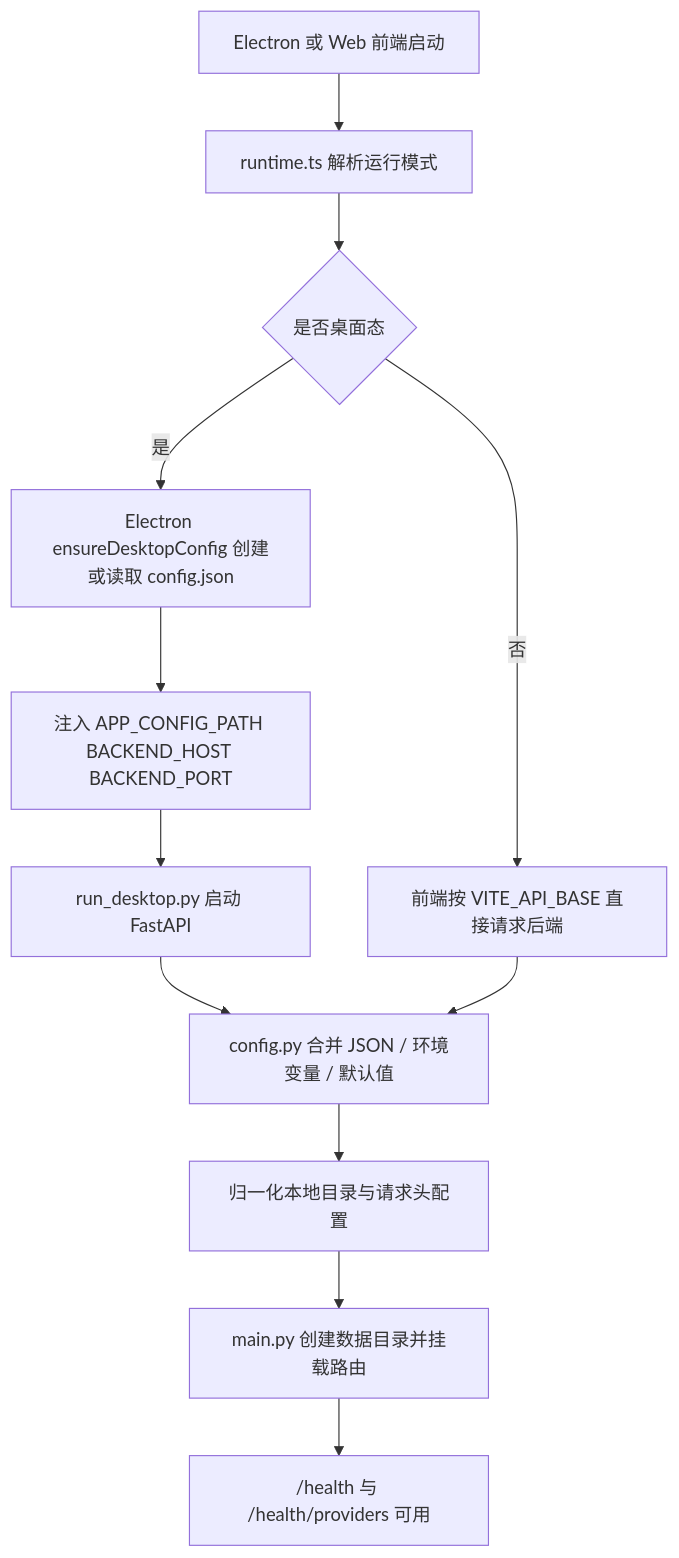
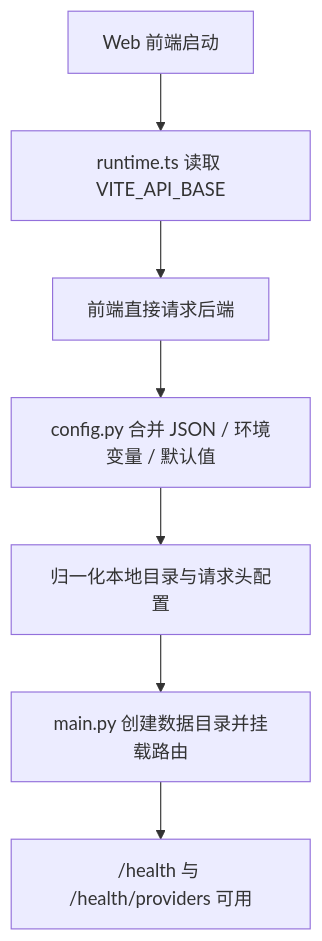
One commit to emotion-exit/rag-agent changed the first of 7 diagrams in docs/项目执行流程分析.md. Above: the diagram before and after it, drawn with Mermaid. The commit also changed other lines of this file and 18 other files, not shown here.

````diff
--- a/docs/项目执行流程分析.md
+++ b/docs/项目执行流程分析.md
@@ -84,14 +79,9 @@
 ```mermaid
 flowchart TD
-  A["Electron 或 Web 前端启动"] --> B["runtime.ts 解析运行模式"]
-  B --> C{"是否桌面态"}
-  C -->|是| D["Electron ensureDesktopConfig 创建或读取 config.json"]
-  D --> E["注入 APP_CONFIG_PATH BACKEND_HOST BACKEND_PORT"]
-  E --> F["run_desktop.py 启动 FastAPI"]
-  C -->|否| G["前端按 VITE_API_BASE 直接请求后端"]
-  F --> H["config.py 合并 JSON / 环境变量 / 默认值"]
-  G --> H
-  H --> I["归一化本地目录与请求头配置"]
-  I --> J["main.py 创建数据目录并挂载路由"]
-  J --> K["/health 与 /health/providers 可用"]
+  A["Web 前端启动"] --> B["runtime.ts 读取 VITE_API_BASE"]
+  B --> C["前端直接请求后端"]
+  C --> D["config.py 合并 JSON / 环境变量 / 默认值"]
+  D --> E["归一化本地目录与请求头配置"]
+  E --> F["main.py 创建数据目录并挂载路由"]
+  F --> G["/health 与 /health/providers 可用"]
 ```
````
